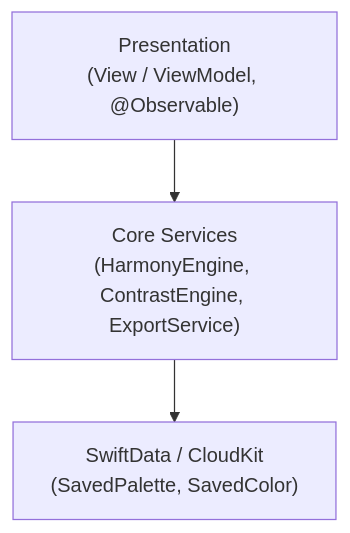
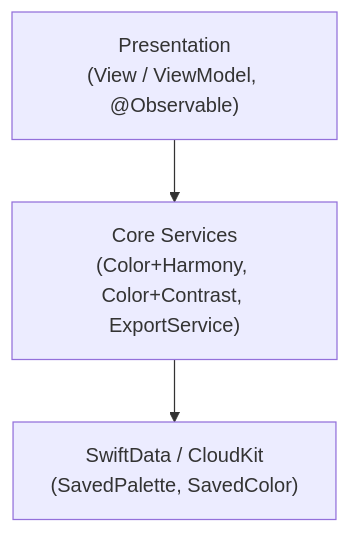
Before and after one commit to sokpichdev/DevDesign: the diagram in README.md, drawn with Mermaid. The commit also changed other lines of this file and 1 other file, not shown here.

````diff
--- a/README.md
+++ b/README.md
@@ -176,5 +176,5 @@
 ```mermaid
 graph TD
-    UI["Presentation<br/>(View / ViewModel, @Observable)"] --> Core["Core Services<br/>(HarmonyEngine, ContrastEngine, ExportService)"]
+    UI["Presentation<br/>(View / ViewModel, @Observable)"] --> Core["Core Services<br/>(Color+Harmony, Color+Contrast, ExportService)"]
     Core --> Data["SwiftData / CloudKit<br/>(SavedPalette, SavedColor)"]
 ```
````
